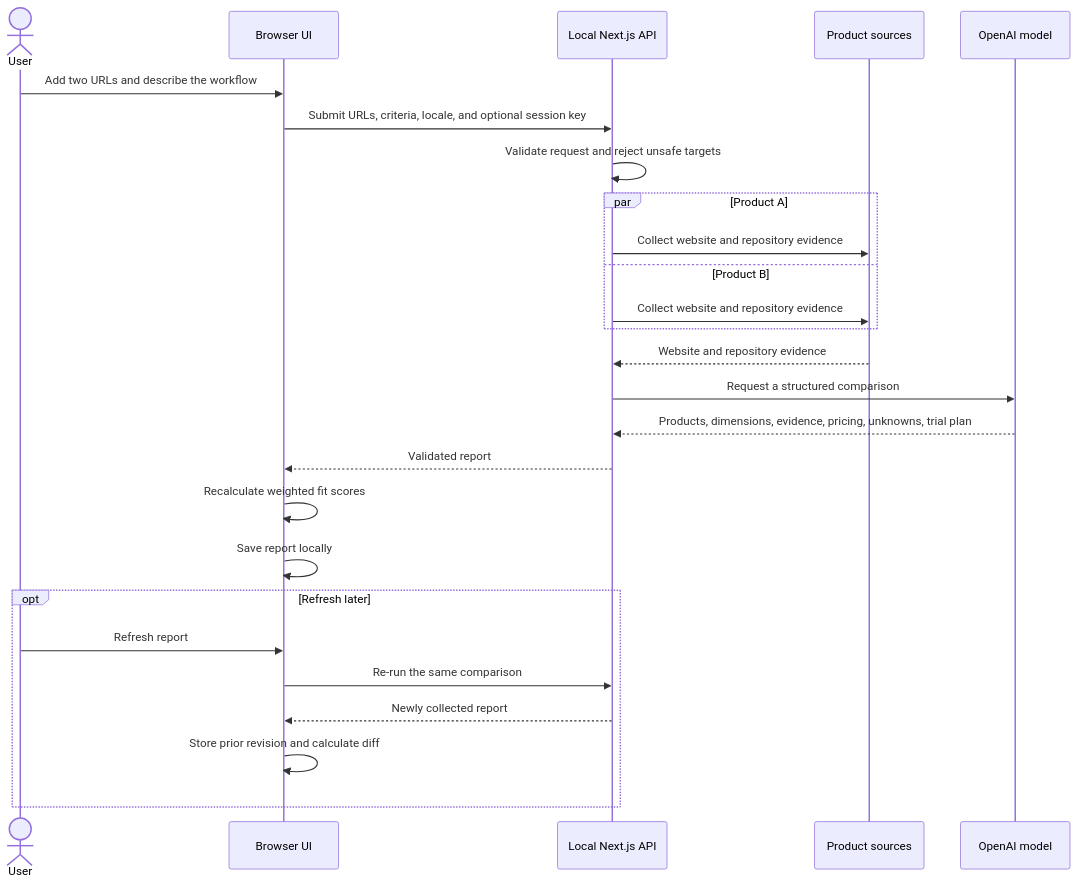
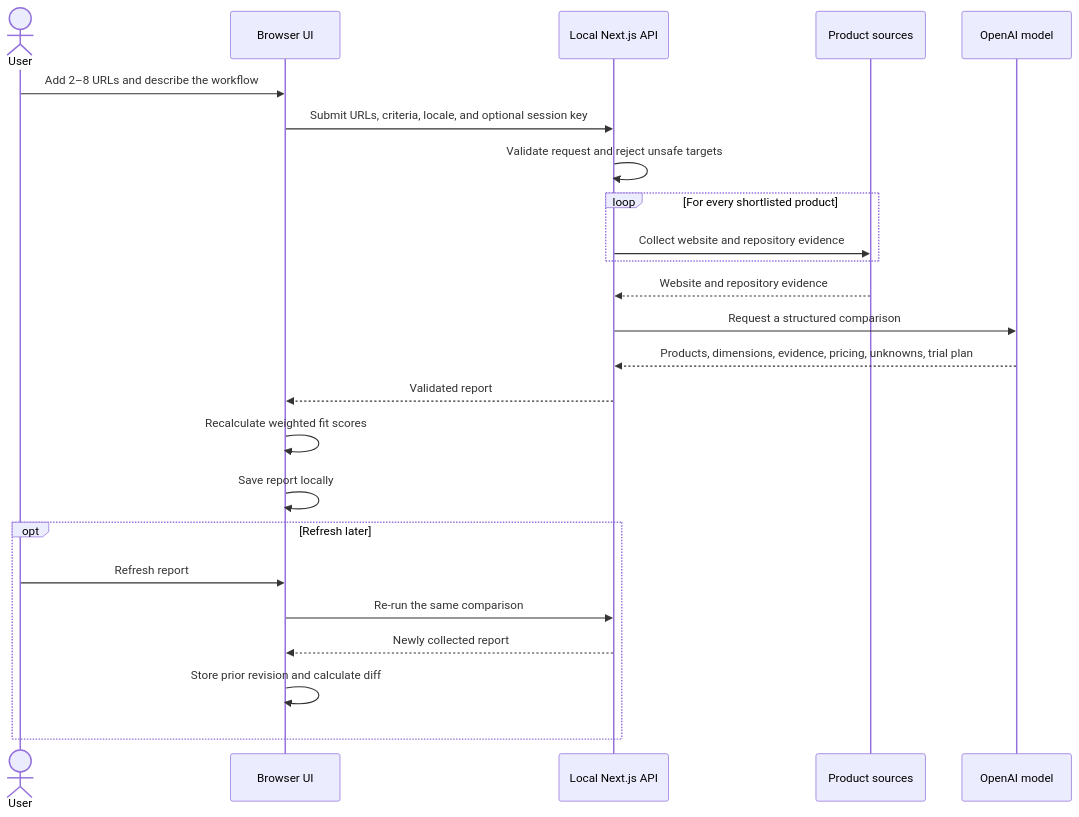
Before and after one commit to wp043/fitlens: the second of 5 diagrams in README.md, drawn with Mermaid. The commit also changed other lines of this file and 12 other files, not shown here.

````diff
--- a/README.md
+++ b/README.md
@@ -105,29 +107,27 @@
 ```mermaid
 sequenceDiagram
     actor User
     participant UI as Browser UI
     participant API as Local Next.js API
     participant Sources as Product sources
     participant Model as OpenAI model
 
-    User->>UI: Add two URLs and describe the workflow
+    User->>UI: Add 2–8 URLs and describe the workflow
     UI->>API: Submit URLs, criteria, locale, and optional session key
     API->>API: Validate request and reject unsafe targets
-    par Product A
-        API->>Sources: Collect website and repository evidence
-    and Product B
+    loop For every shortlisted product
         API->>Sources: Collect website and repository evidence
     end
     Sources-->>API: Website and repository evidence
     API->>Model: Request a structured comparison
     Model-->>API: Products, dimensions, evidence, pricing, unknowns, trial plan
     API-->>UI: Validated report
     UI->>UI: Recalculate weighted fit scores
     UI->>UI: Save report locally
     opt Refresh later
         User->>UI: Refresh report
         UI->>API: Re-run the same comparison
         API-->>UI: Newly collected report
         UI->>UI: Store prior revision and calculate diff
     end
 ```
````
